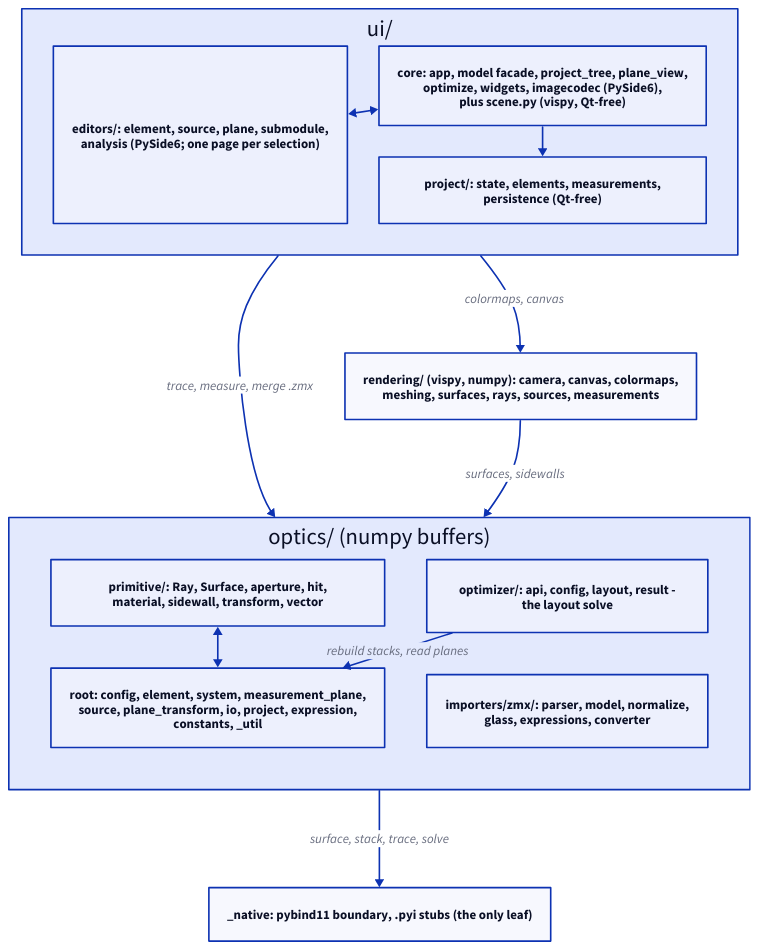
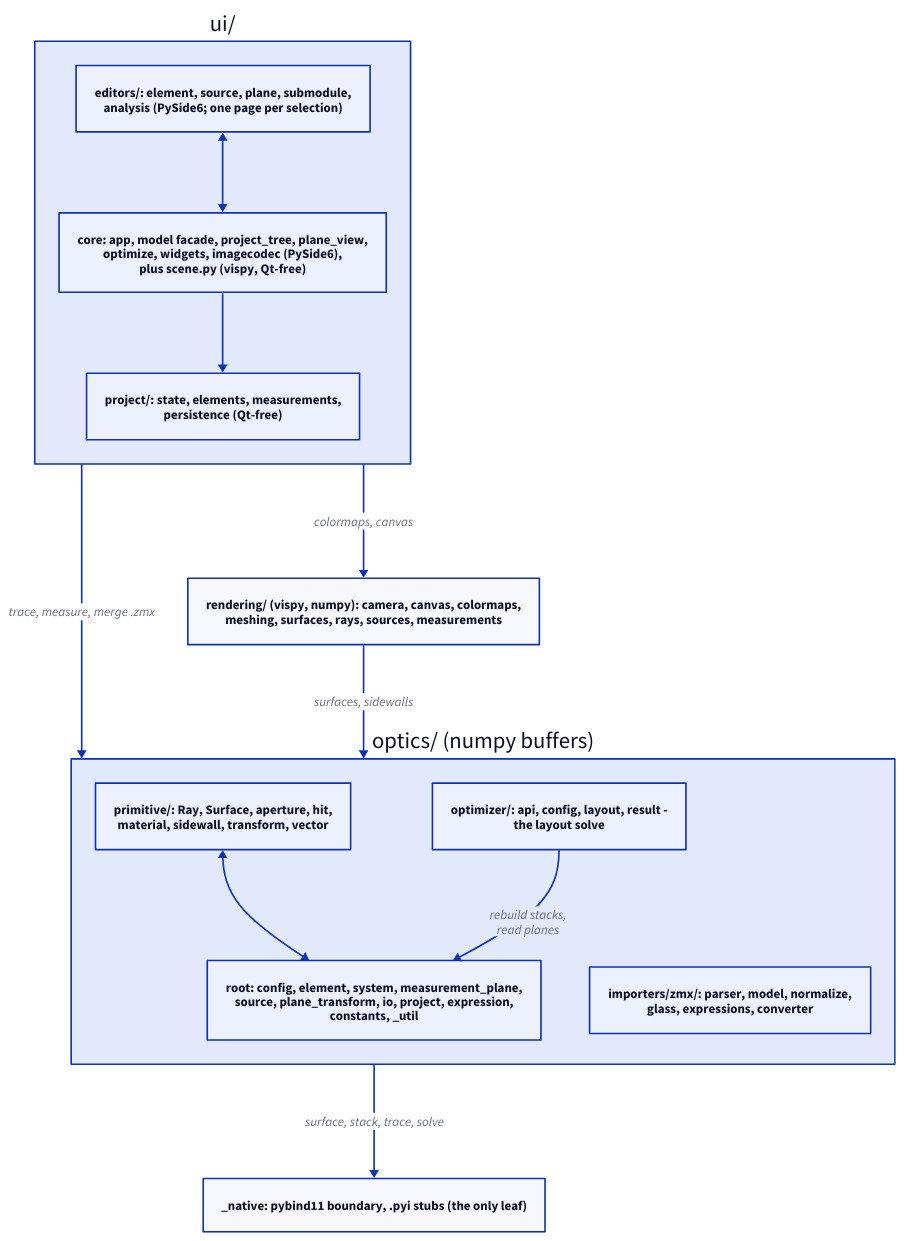
The diagram in docs/diagrams/python-dependencies.d2 (propane865/OpticsSimulator), drawn with D2 before and after one commit. The commit also changed 14 other files, not shown here.

Commit message:
docs: update diagrams to be cleaner, include diagram regenerator script

```diff
--- a/docs/diagrams/python-dependencies.d2
+++ b/docs/diagrams/python-dependencies.d2
@@ -1,33 +1,31 @@
 direction: down
 
 ui: "ui/" {
-  grid-columns: 2
-  grid-gap: 39
+  direction: right
   ed: "editors/: element, source, plane, submodule,\nanalysis (PySide6; one page per selection)"
   core: "core: app, model facade, project_tree, plane_view,\noptimize, widgets, imagecodec (PySide6),\nplus scene.py (vispy, Qt-free)"
   proj: "project/: state, elements, measurements,\npersistence (Qt-free)"
 
   ed <-> core
   core -> proj
 }
 
 rendering: "rendering/ (vispy, numpy): camera, canvas, colormaps,\nmeshing, surfaces, rays, sources, measurements"
 
 optics: "optics/ (numpy buffers)" {
-  grid-columns: 2
-  grid-gap: 52
+  direction: right
   prim: "primitive/: Ray, Surface, aperture, hit,\nmaterial, sidewall, transform, vector"
   root: "root: config, element, system, measurement_plane,\nsource, plane_transform, io, project, expression,\nconstants, _util"
   opt: "optimizer/: api, config, layout, result -\nthe layout solve"
   imp: "importers/zmx/: parser, model, normalize,\nglass, expressions, converter"
 
   prim <-> root
-  opt -> root: "rebuild stacks, read planes"
+  opt -> root: "rebuild stacks,\nread planes"
 }
 
 abi: "_native: pybind11 boundary, .pyi stubs (the only leaf)"
 
 ui -> rendering: "colormaps, canvas"
 ui -> optics: "trace, measure, merge .zmx"
 rendering -> optics: "surfaces, sidewalls"
 optics -> abi: "surface, stack, trace, solve"
```
